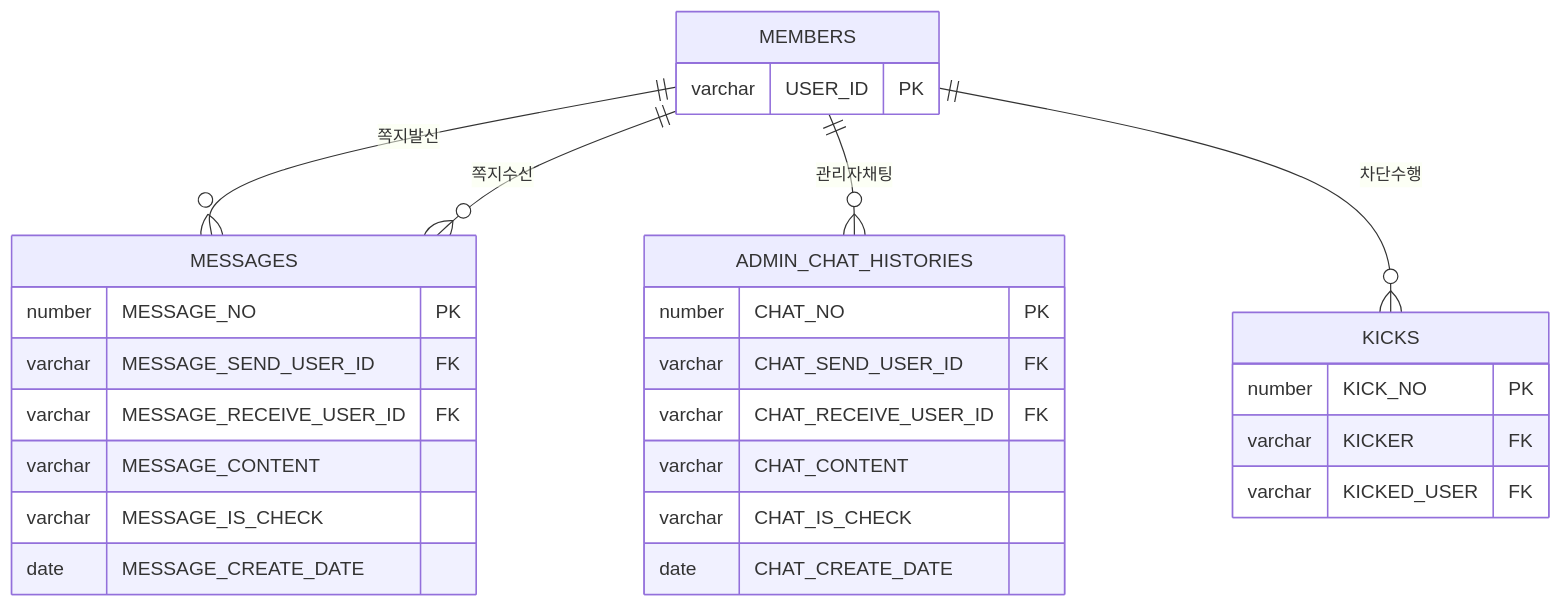
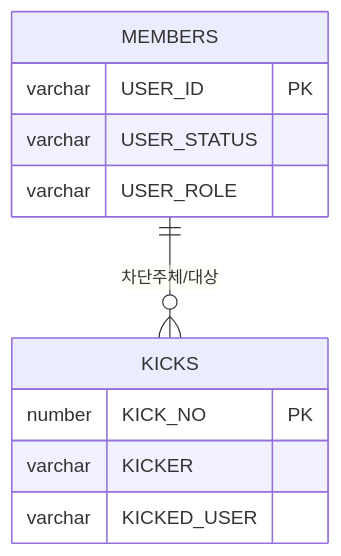
One commit to KJH-Portfolio/202511-stray-dog-volunteer changed the sixth of 6 diagrams in erd.md. Above: the diagram before and after it, drawn with Mermaid. The commit also changed other lines of this file and 1 other file, not shown here.

````diff
--- a/erd.md
+++ b/erd.md
@@ -599,32 +517,15 @@
 ```mermaid
 erDiagram
+    MEMBERS ||--o{ KICKS : "차단주체/대상"
+    
     MEMBERS {
         varchar USER_ID PK
-    }
-    MESSAGES {
-        number MESSAGE_NO PK
-        varchar MESSAGE_SEND_USER_ID FK
-        varchar MESSAGE_RECEIVE_USER_ID FK
-        varchar MESSAGE_CONTENT
-        varchar MESSAGE_IS_CHECK
-        date MESSAGE_CREATE_DATE
-    }
-    ADMIN_CHAT_HISTORIES {
-        number CHAT_NO PK
-        varchar CHAT_SEND_USER_ID FK
-        varchar CHAT_RECEIVE_USER_ID FK
-        varchar CHAT_CONTENT
-        varchar CHAT_IS_CHECK
-        date CHAT_CREATE_DATE
+        varchar USER_STATUS
+        varchar USER_ROLE
     }
     KICKS {
         number KICK_NO PK
-        varchar KICKER FK
-        varchar KICKED_USER FK
+        varchar KICKER
+        varchar KICKED_USER
     }
-
-    MEMBERS ||--o{ MESSAGES : "쪽지발신"
-    MEMBERS ||--o{ MESSAGES : "쪽지수신"
-    MEMBERS ||--o{ ADMIN_CHAT_HISTORIES : "관리자채팅"
-    MEMBERS ||--o{ KICKS : "차단수행"
 ```
````
